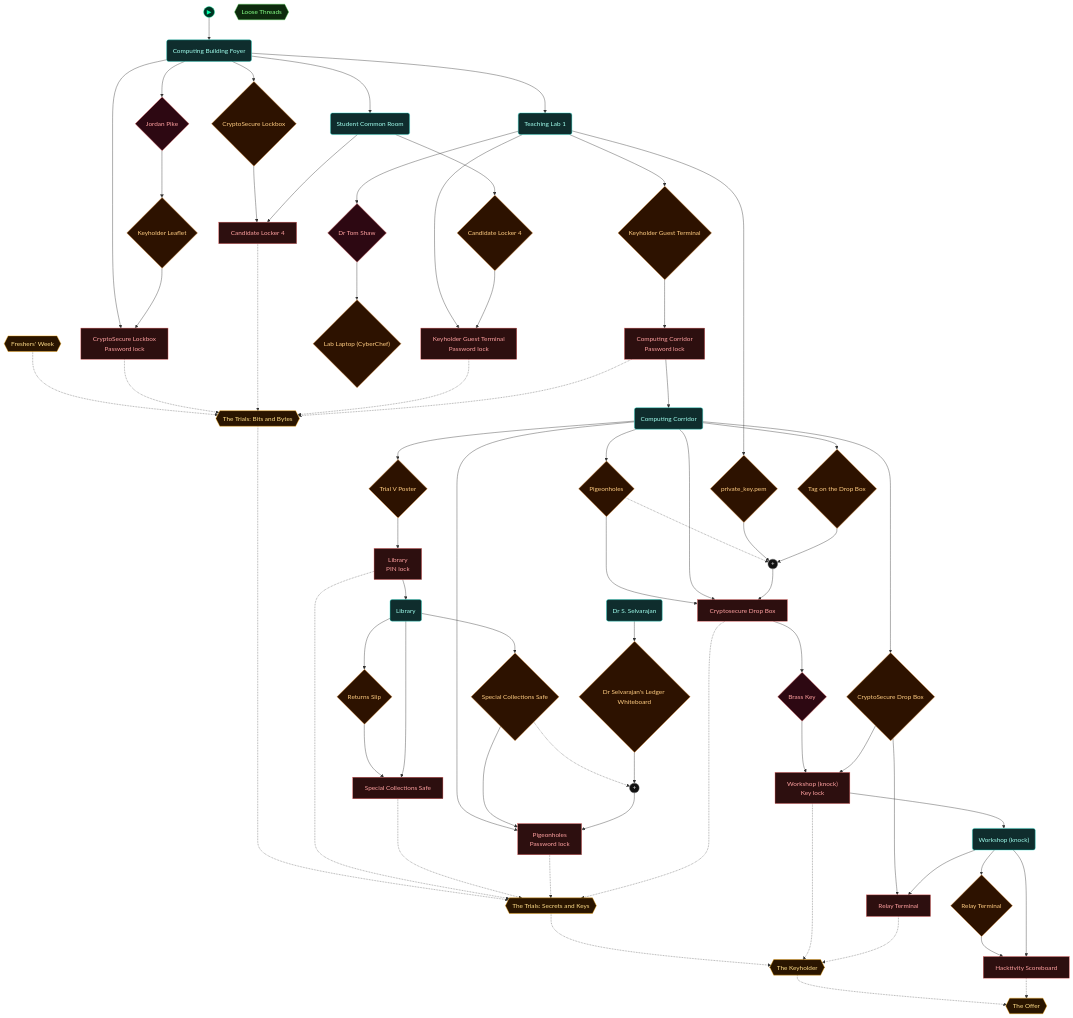
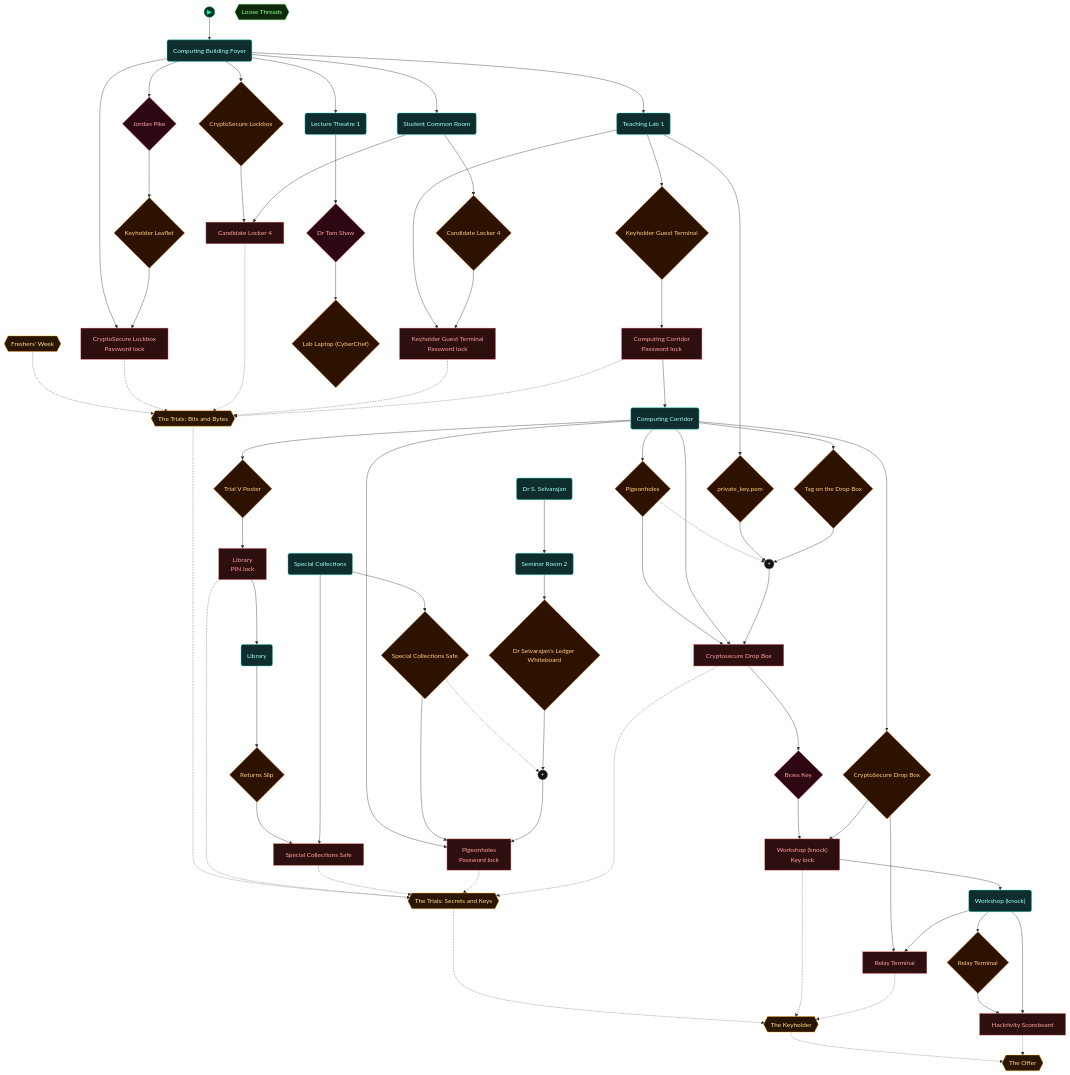
Before and after one commit to cliffe/BreakEscape: the third of 5 diagrams in scenarios/lab_tesseract_trials/dungeon_graph.md, drawn with Mermaid. The commit also changed other lines of this file and 37 other files, not shown here.

First line of the commit message:
Keyholder Trials: rooms phase 2 - ten-room university graph

```diff
--- a/scenarios/lab_tesseract_trials/dungeon_graph.md
+++ b/scenarios/lab_tesseract_trials/dungeon_graph.md
@@ -245,6 +250,7 @@
   lock_keyholder_guest_terminal["Keyholder Guest Terminal<br/>Password lock"]
   keyholder_guest_terminal{"Keyholder Guest Terminal"}
   npc_dr_tom_shaw{"Dr Tom Shaw"}
+  lecture_theatre("Lecture Theatre 1")
   lab_laptop_cyberchef{"Lab Laptop (CyberChef)"}
   common_room("Student Common Room")
   candidate_locker_4{"Candidate Locker 4"}
@@ -258,13 +264,15 @@
   tag_on_the_drop_box{"Tag on the Drop Box"}
   returns_slip{"Returns Slip"}
   lock_special_collections_safe["Special Collections Safe"]
+  special_collections("Special Collections")
   special_collections_safe{"Special Collections Safe"}
-  sidhu_office("Dr S. Selvarajan")
+  seminar_room("Seminar Room 2")
   dr_selvarajan_s_ledger_whiteboard{"Dr Selvarajan's Ledger Whiteboard"}
   relay_terminal{"Relay Terminal"}
   lock_hacktivity_scoreboard["Hacktivity Scoreboard"]
   andgate1((" + "))
   andgate2((" + "))
+  sidhu_office("Dr S. Selvarajan")
   aim_freshers_week{{"Freshers' Week"}}
   aim_trials_bits{{"The Trials: Bits and Bytes"}}
   aim_trials_keys{{"The Trials: Secrets and Keys"}}
@@ -285,7 +293,7 @@
   teaching_lab --> lock_keyholder_guest_terminal
   teaching_lab --> keyholder_guest_terminal
   keyholder_guest_terminal --> door_corridor
-  teaching_lab --> npc_dr_tom_shaw
+  lecture_theatre --> npc_dr_tom_shaw
   npc_dr_tom_shaw --> lab_laptop_cyberchef
   common_room --> lock_candidate_locker_4
   common_room --> candidate_locker_4
@@ -304,10 +312,10 @@
   corridor --> tag_on_the_drop_box
   library --> returns_slip
   returns_slip --> lock_special_collections_safe
-  library --> lock_special_collections_safe
-  library --> special_collections_safe
+  special_collections --> lock_special_collections_safe
+  special_collections --> special_collections_safe
   special_collections_safe --> lock_pigeonholes
-  sidhu_office --> dr_selvarajan_s_ledger_whiteboard
+  seminar_room --> dr_selvarajan_s_ledger_whiteboard
   workshop --> lock_relay_terminal
   workshop --> relay_terminal
   relay_terminal --> lock_hacktivity_scoreboard
@@ -321,6 +329,8 @@
   dr_selvarajan_s_ledger_whiteboard --> andgate2
   foyer --> teaching_lab
   foyer --> common_room
+  foyer --> lecture_theatre
+  sidhu_office --> seminar_room
   aim_freshers_week -.-> aim_trials_bits
   aim_trials_bits -.-> aim_trials_keys
   aim_trials_keys -.-> aim_the_keyholder
@@ -338,7 +348,7 @@
   lock_hacktivity_scoreboard -.-> aim_the_offer
 
   class door_corridor,door_library,door_workshop,lock_cryptosecure_lockbox,lock_candidate_locker_4,lock_keyholder_guest_terminal,lock_pigeonholes,lock_cryptosecure_drop_box,lock_relay_terminal,lock_special_collections_safe,lock_hacktivity_scoreboard lock
-  class corridor,library,workshop,foyer,teaching_lab,common_room,sidhu_office room
+  class corridor,library,workshop,foyer,teaching_lab,lecture_theatre,common_room,special_collections,seminar_room,sidhu_office room
   class cryptosecure_lockbox,keyholder_leaflet,private_key_pem,keyholder_guest_terminal,lab_laptop_cyberchef,candidate_locker_4,trial_v_poster,pigeonholes,cryptosecure_drop_box,tag_on_the_drop_box,returns_slip,special_collections_safe,dr_selvarajan_s_ledger_whiteboard,relay_terminal item
   class npc_jordan_pike,npc_dr_tom_shaw,brass_key key
   class andgate1,andgate2 gate
```
